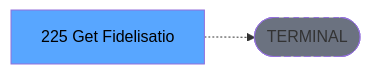
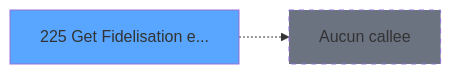
Before and after one commit to thonyAGP/magic-migration: the third of 3 diagrams in .openspec/specs/ADH-IDE-225.md, drawn with Mermaid. The commit also changed other lines of this file and 493 other files, not shown here.

````diff
--- a/.openspec/specs/ADH-IDE-225.md
+++ b/.openspec/specs/ADH-IDE-225.md
@@ -139,8 +167,8 @@
 ```mermaid
 graph LR
-    T[225 Get Fidelisatio]
-    TERM([TERMINAL])
-    T -.-> TERM
-    style TERM fill:#6b7280,stroke-dasharray: 5 5
-    style T fill:#58a6ff,color:#000
+    T225[225 Get Fidelisation e...]
+    style T225 fill:#58a6ff
+    NONE[Aucun callee]
+    T225 -.-> NONE
+    style NONE fill:#6b7280,stroke-dasharray: 5 5
 ```
````
